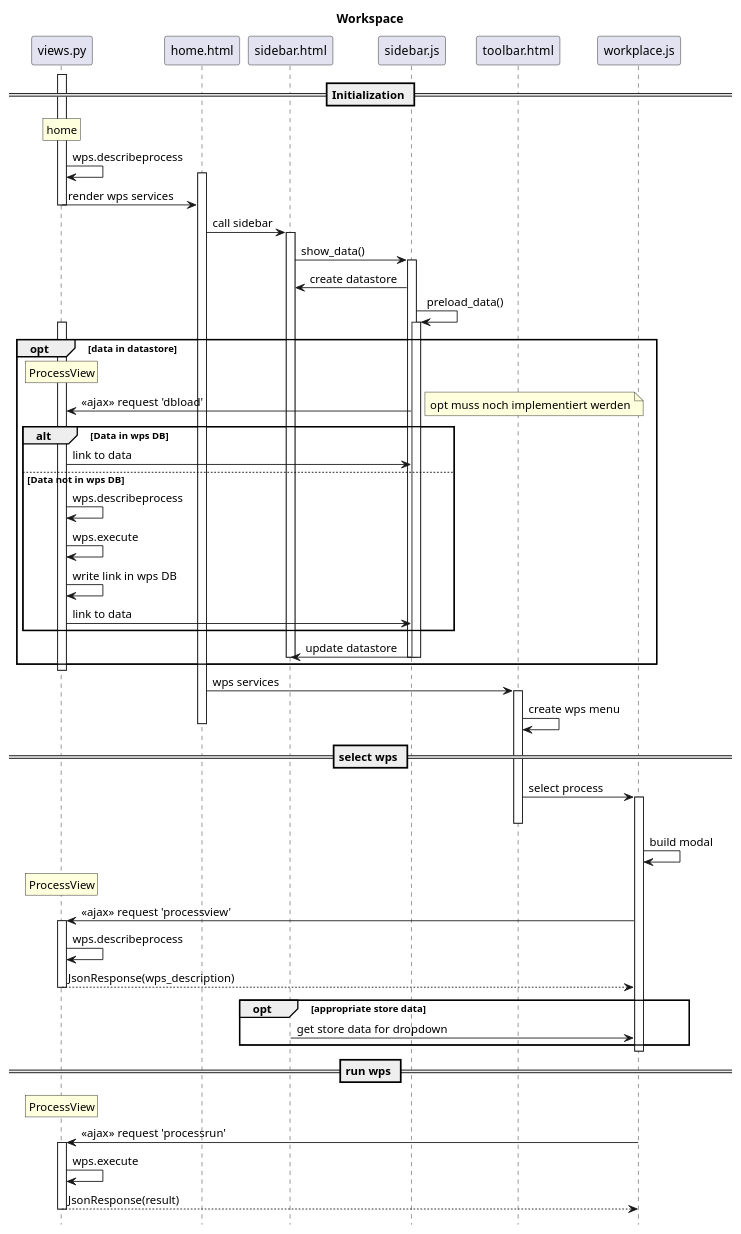
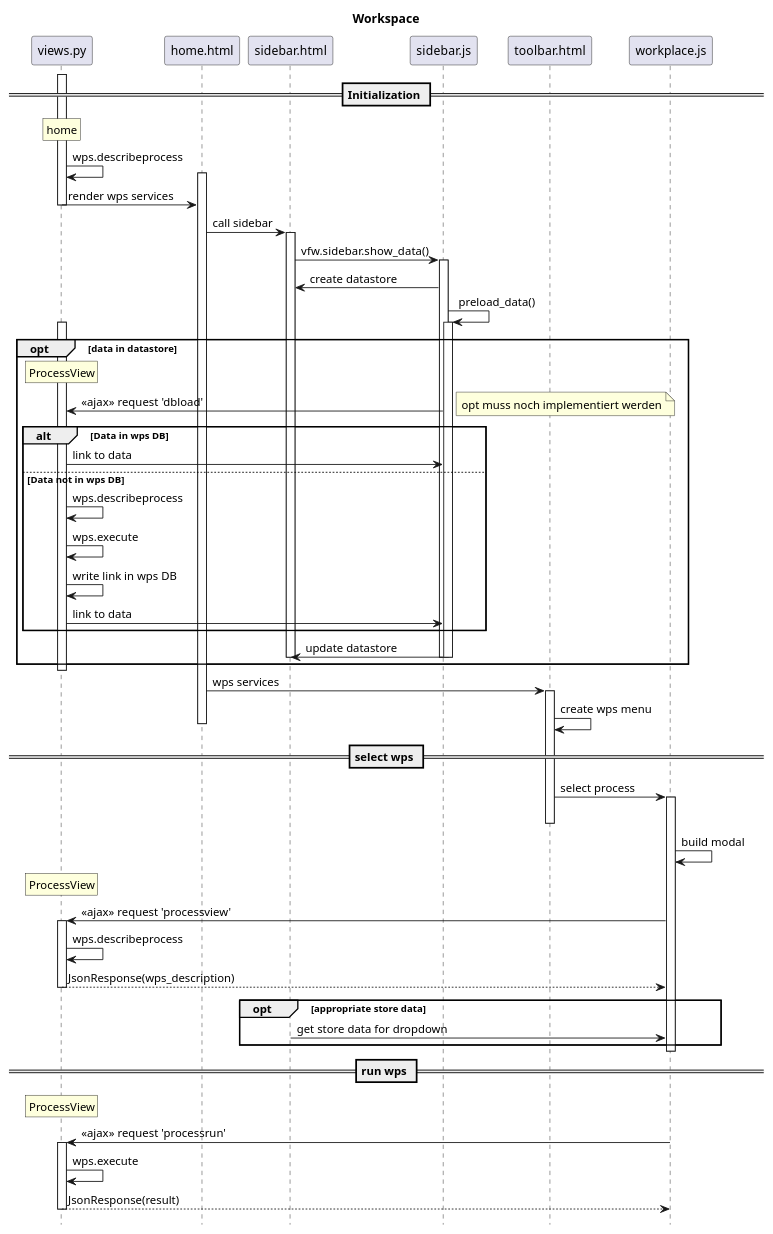
One commit to VForWaTer/vforwater-portal changed the first of 2 diagrams in Seq_Workspace.puml. Above: the diagram before and after it, drawn with PlantUML. The commit also changed other lines of this file and 16 other files, not shown here.

```diff
--- a/Seq_Workspace.puml
+++ b/Seq_Workspace.puml
@@ -1,67 +1,67 @@
 @startuml
 title Workspace
 
 hide footbox
 
 participant views.py
 
 == Initialization ==
 participant home.html
 activate views.py
 rnote over views.py: home
 views.py -> views.py: wps.describeprocess
 activate home.html
 views.py -> home.html--: render wps services
 
 home.html -> sidebar.html: call sidebar
 activate sidebar.html
-sidebar.html -> sidebar.js ++: show_data()
+sidebar.html -> sidebar.js ++: vfw.sidebar.show_data()
 sidebar.js -> sidebar.html : create datastore
 sidebar.js -> sidebar.js ++: preload_data()
 opt data in datastore
     rnote over views.py: ProcessView
     activate views.py
     sidebar.js -> views.py: <<ajax>> request 'dbload'
     note right: opt muss noch implementiert werden
 
     alt Data in wps DB
         views.py -> sidebar.js: link to data
 
     else Data not in wps DB
         views.py -> views.py: wps.describeprocess
         views.py -> views.py: wps.execute
         views.py -> views.py: write link in wps DB
         views.py -> sidebar.js: link to data
     end
         sidebar.js -> sidebar.html --: update datastore
         deactivate sidebar.html
         deactivate sidebar.js
 end
 deactivate views.py
 home.html -> toolbar.html ++: wps services
 toolbar.html -> toolbar.html: create wps menu
 deactivate home.html
 
 == select wps ==
 toolbar.html -> workplace.js ++: select process
 deactivate toolbar.html
 workplace.js -> workplace.js: build modal
 rnote over views.py: ProcessView
 workplace.js -> views.py ++: <<ajax>> request 'processview'
 views.py -> views.py: wps.describeprocess
 return JsonResponse(wps_description)
 opt appropriate store data
 sidebar.html -> workplace.js: get store data for dropdown
 end
 deactivate workplace.js
 
 
 == run wps ==
 rnote over views.py: ProcessView
 activate workplace.js
 workplace.js -> views.py ++: <<ajax>> request 'processrun'
 views.py -> views.py: wps.execute
 return JsonResponse(result)
 deactivate workplace.js
 
 @enduml
```
